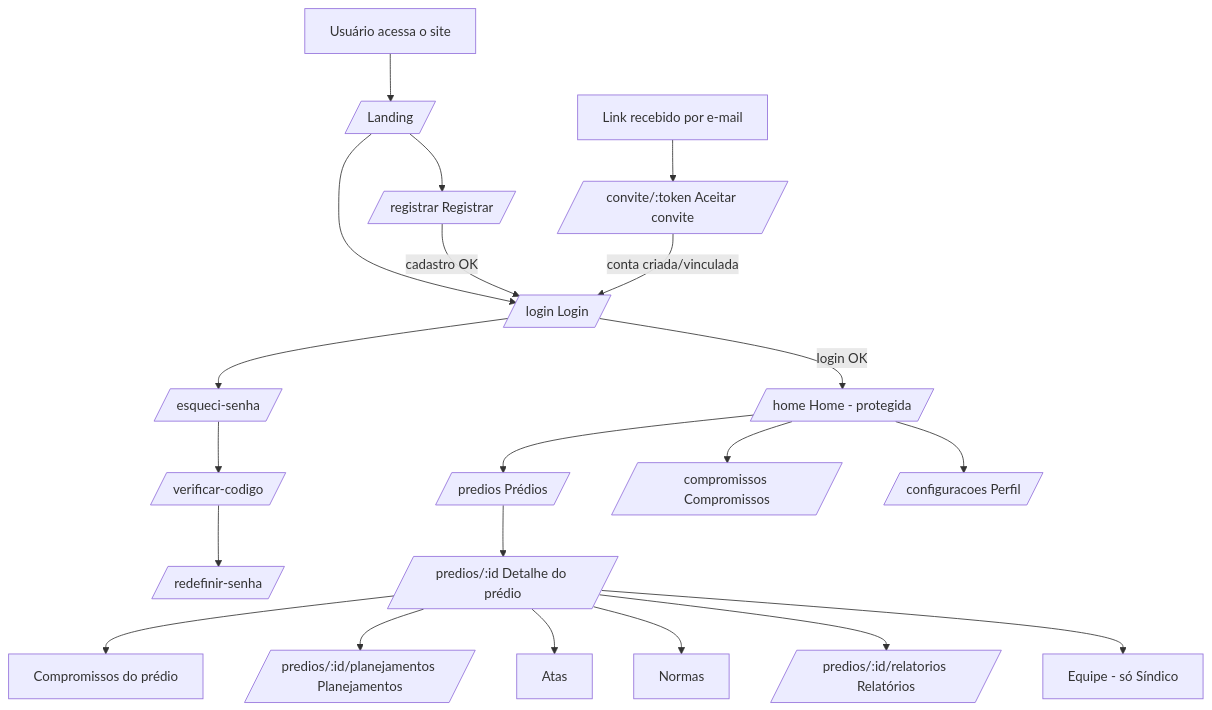
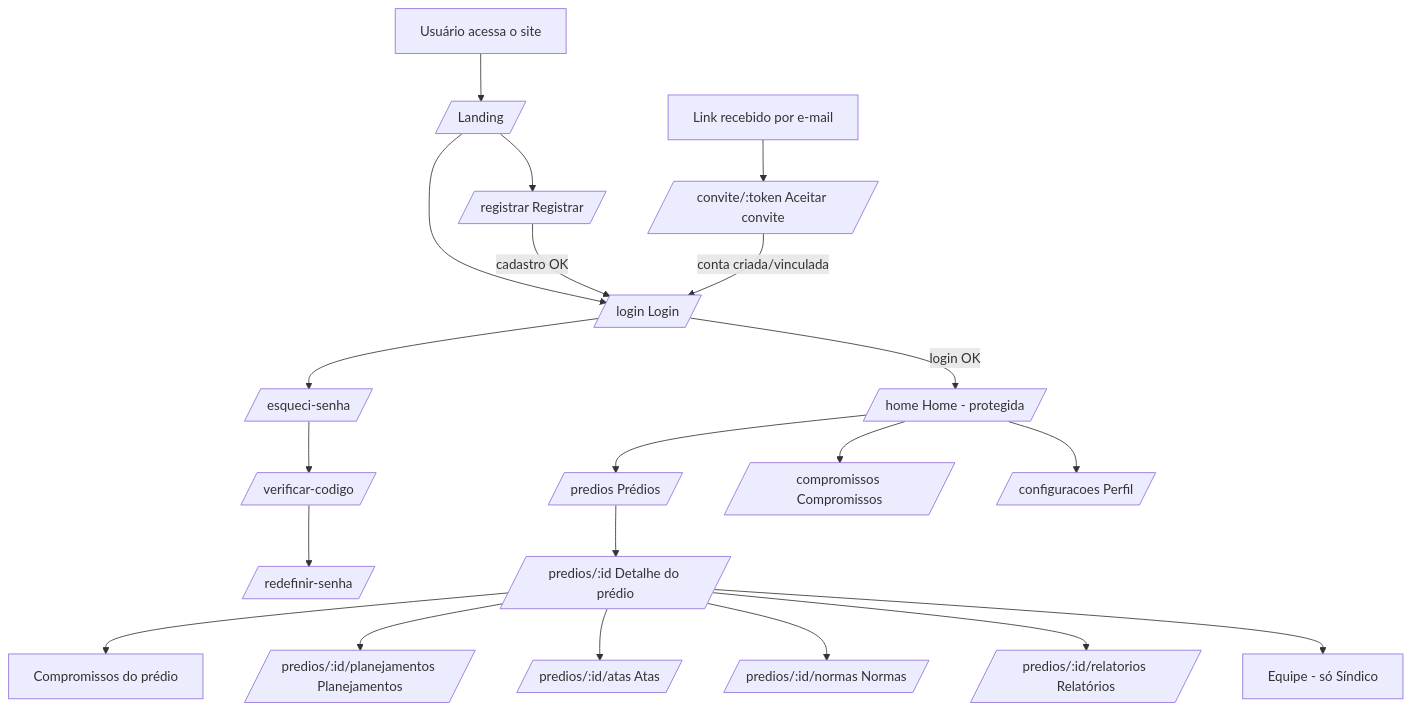
The first of 2 diagrams in frontend/documentation/ARCHITECTURE.md (pdrollucas/euSindico), drawn with Mermaid before and after one commit. The commit also changed other lines of this file and 2 other files, not shown here.

First line of the commit message:
docs(frontend): document atas and normas screens

````diff
--- a/frontend/documentation/ARCHITECTURE.md
+++ b/frontend/documentation/ARCHITECTURE.md
@@ -148,27 +157,27 @@
 ```mermaid
 flowchart TD
     A[Usuário acessa o site] --> B[/ Landing/]
     B --> C[/login Login/]
     B --> D[/registrar Registrar/]
     C --> E[/esqueci-senha/]
     E --> F[/verificar-codigo/]
     F --> G[/redefinir-senha/]
 
     C -->|login OK| H[/home Home - protegida/]
     D -->|cadastro OK| C
 
     H --> I[/predios Prédios/]
     H --> J[/compromissos Compromissos/]
     H --> K[/configuracoes Perfil/]
 
     I --> L[/predios/:id Detalhe do prédio/]
     L --> M[Compromissos do prédio]
     L --> N[/predios/:id/planejamentos Planejamentos/]
-    L --> O[Atas]
-    L --> P[Normas]
+    L --> O[/predios/:id/atas Atas/]
+    L --> P[/predios/:id/normas Normas/]
     L --> Q[/predios/:id/relatorios Relatórios/]
     L --> R[Equipe - só Síndico]
 
     Z[Link recebido por e-mail] --> Y[/convite/:token Aceitar convite/]
     Y -->|conta criada/vinculada| C
 ```
````
